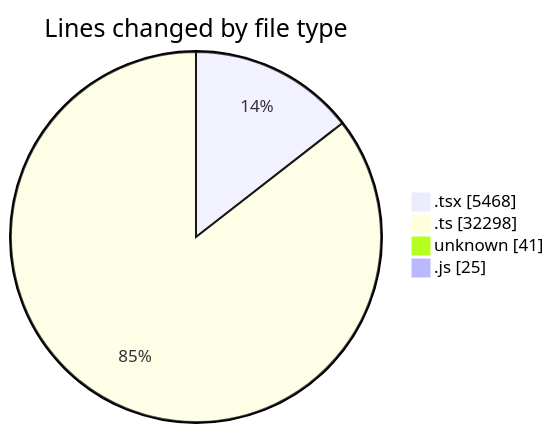
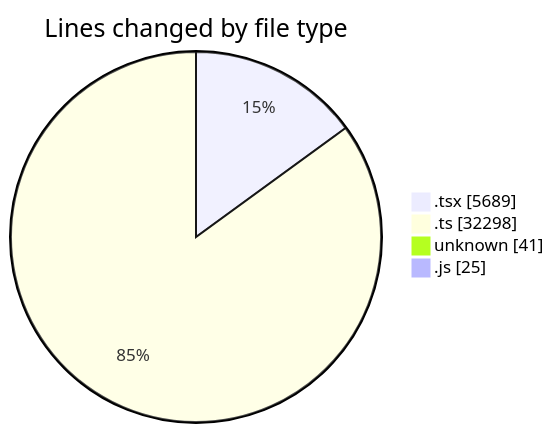
One commit to momahboobian/code-tracking changed the first of 2 diagrams in 2025-07-07/cda/README.md. Above: the diagram before and after it, drawn with Mermaid. The commit also changed other lines of this file and 1 other file, not shown here.

````diff
--- a/2025-07-07/cda/README.md
+++ b/2025-07-07/cda/README.md
@@ -36,8 +37,8 @@
 ```mermaid
 pie showData
 title Lines changed by file type
-".tsx" : 5468
+".tsx" : 5689
 ".ts" : 32298
 "unknown" : 41
 ".js" : 25
 ```
````
